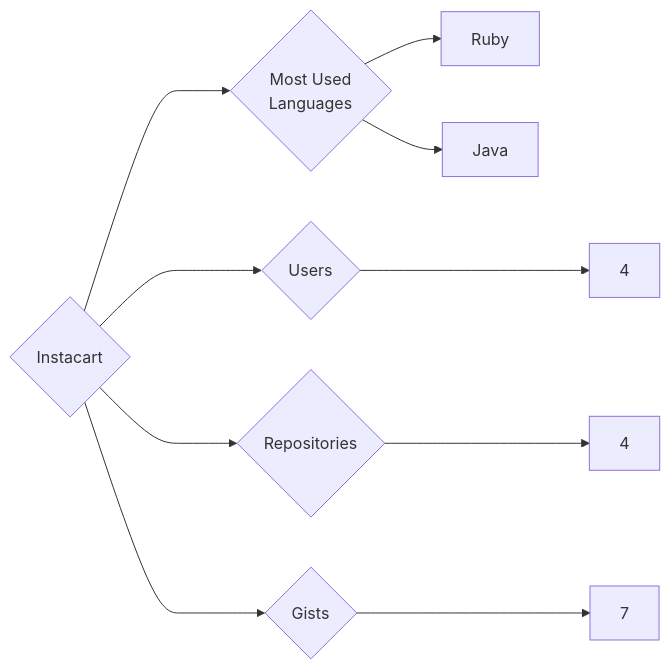
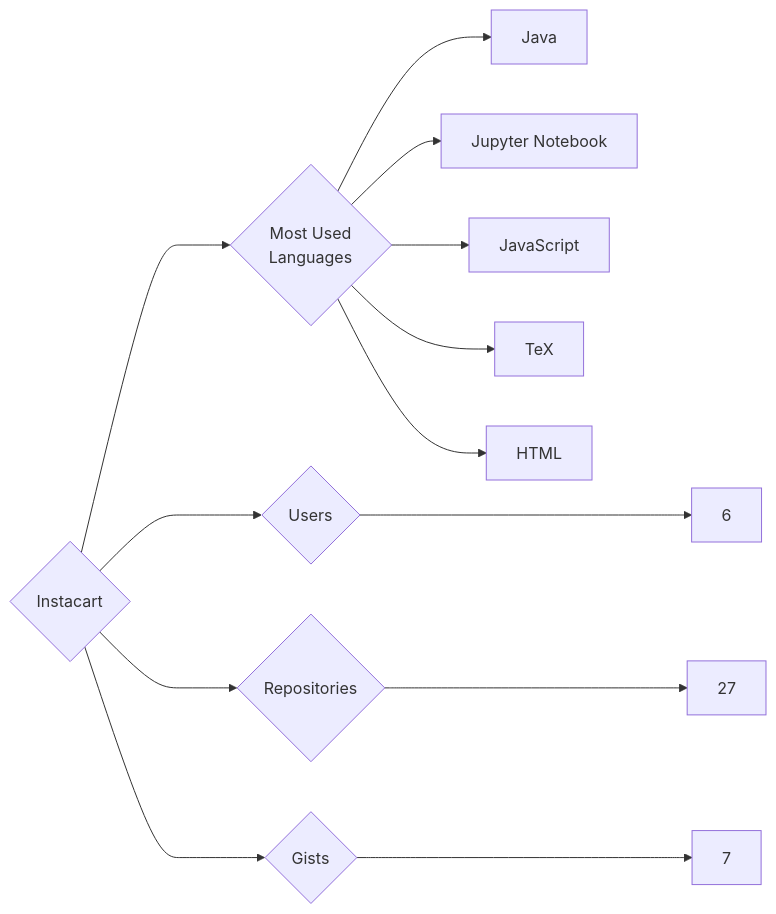
The diagram in targets/Instacart/README.md (trickest/insiders), drawn with Mermaid before and after one commit. The commit also changed 1007 other files, not shown here.

````diff
--- a/targets/Instacart/README.md
+++ b/targets/Instacart/README.md
@@ -3,10 +3,13 @@
 ```mermaid
 graph LR
 COMPANY_NAME{Instacart}
-COMPANY_NAME ---> U{Users} ---> UN[4]
-COMPANY_NAME ---> R{Repositories} ---> RN[4]
+COMPANY_NAME ---> U{Users} ---> UN[6]
+COMPANY_NAME ---> R{Repositories} ---> RN[27]
 COMPANY_NAME ---> G{Gists} ---> GN[7]
 COMPANY_NAME ---> ML{Most Used<br>Languages}
-ML --> Ruby[Ruby]
 ML --> Java[Java]
+ML --> Jupyter_Notebook[Jupyter Notebook]
+ML --> JavaScript[JavaScript]
+ML --> TeX[TeX]
+ML --> HTML[HTML]
 ```
````
